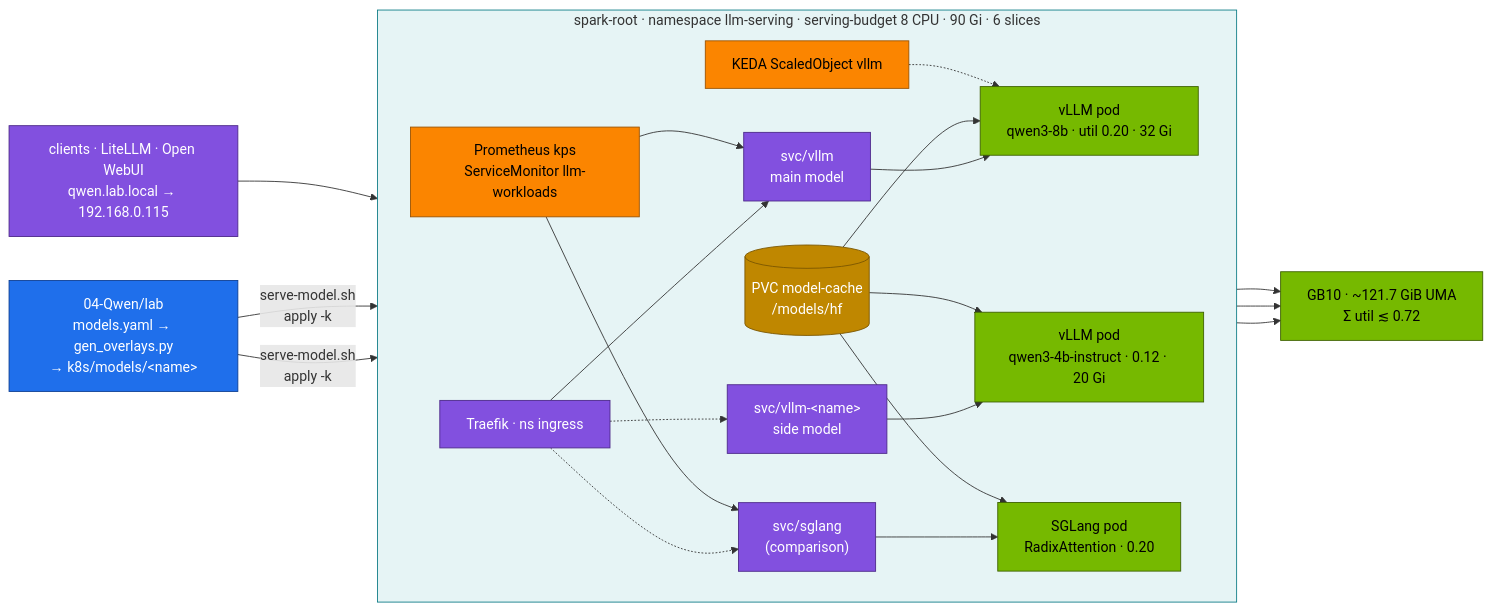
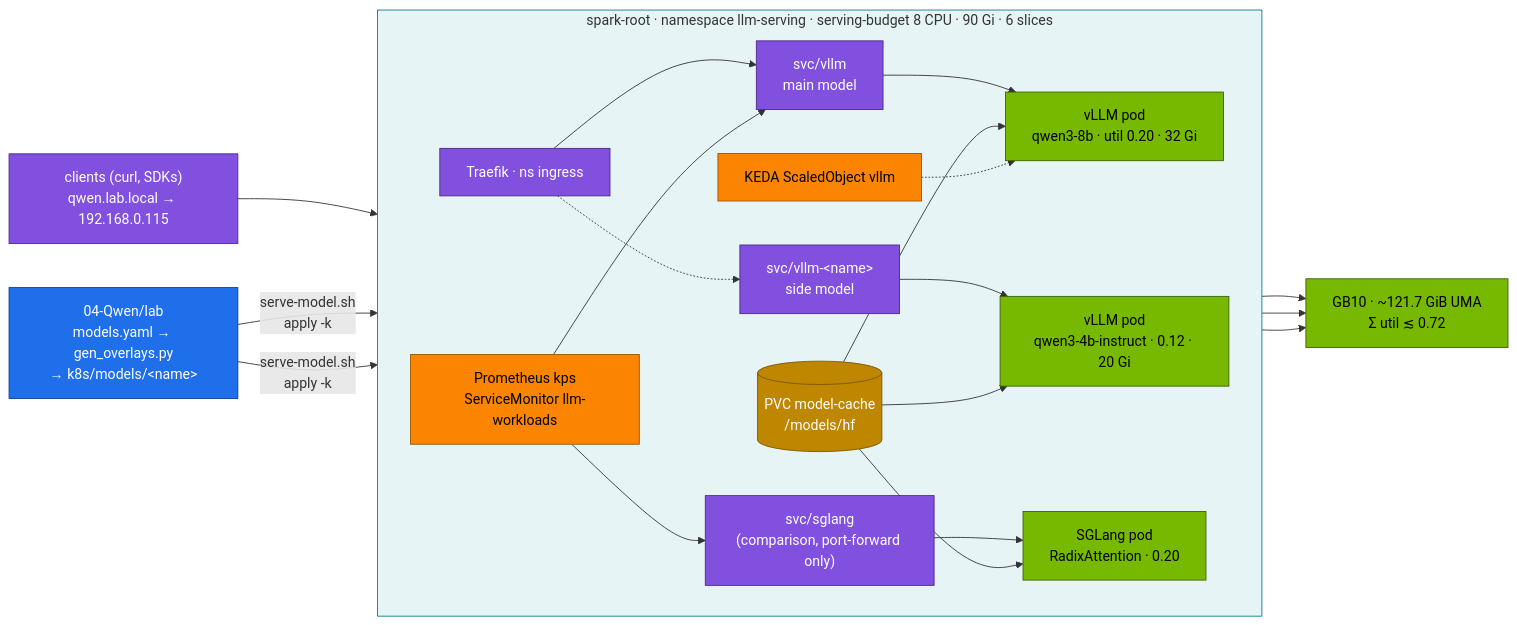
The first of 2 diagrams in 04-Qwen/04-serving-qwen-with-vllm-and-sglang.md (cloudone365/technical-depth), drawn with Mermaid before and after one commit. The commit also changed other lines of this file and 91 other files, not shown here.

First line of the commit message:
Docs audit 01-04: fix mistakes found against the lab files; step-by-step flows

````diff
--- a/04-Qwen/04-serving-qwen-with-vllm-and-sglang.md
+++ b/04-Qwen/04-serving-qwen-with-vllm-and-sglang.md
@@ -29,30 +29,30 @@
 ```mermaid
 flowchart LR
-  CL["clients · LiteLLM · Open WebUI<br/>qwen.lab.local → 192.168.0.115"] --> TR
+  CL["clients (curl, SDKs)<br/>qwen.lab.local → 192.168.0.115"] --> TR
   subgraph ROOT["spark-root · namespace llm-serving · serving-budget 8 CPU · 90 Gi · 6 slices"]
     direction LR
     TR["Traefik · ns ingress"] --> S1["svc/vllm<br/>main model"]
     TR -.-> S2["svc/vllm-&lt;name&gt;<br/>side model"]
-    TR -.-> S3["svc/sglang<br/>(comparison)"]
+    S3["svc/sglang<br/>(comparison, port-forward only)"]
     S1 --> P1["vLLM pod<br/>qwen3-8b · util 0.20 · 32 Gi"]
     S2 --> P2["vLLM pod<br/>qwen3-4b-instruct · 0.12 · 20 Gi"]
     S3 --> P3["SGLang pod<br/>RadixAttention · 0.20"]
     PVC[("PVC model-cache<br/>/models/hf")] --> P1 & P2 & P3
     KEDA["KEDA ScaledObject vllm"] -.-> P1
     PROM["Prometheus kps<br/>ServiceMonitor llm-workloads"] --> S1 & S3
   end
   CAT["04-Qwen/lab<br/>models.yaml → gen_overlays.py<br/>→ k8s/models/&lt;name&gt;"] -->|"serve-model.sh<br/>apply -k"| P1 & P2
   GPU["GB10 · ~121.7 GiB UMA<br/>Σ util ≲ 0.72"]
   P1 & P2 & P3 --> GPU
   classDef ctrl fill:#1f6feb,stroke:#0b3d91,color:#fff
   classDef gpu fill:#76b900,stroke:#3d6000,color:#000
   classDef net fill:#8250df,stroke:#4c2889,color:#fff
   classDef store fill:#bf8700,stroke:#7a5600,color:#fff
   classDef obs fill:#fb8500,stroke:#9a5200,color:#000
   class P1,P2,P3,GPU gpu
   class TR,S1,S2,S3,CL net
   class PVC store
   class PROM,KEDA obs
   class CAT ctrl
   style ROOT fill:#e6f4f5,stroke:#0e7c86
 ```
````
